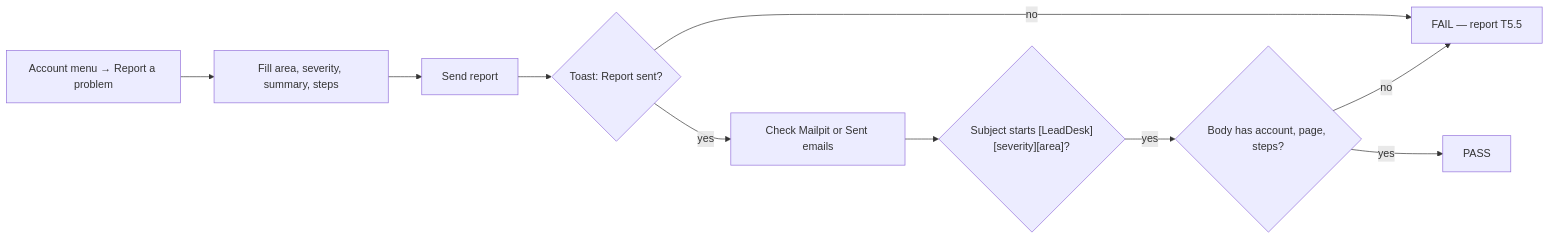
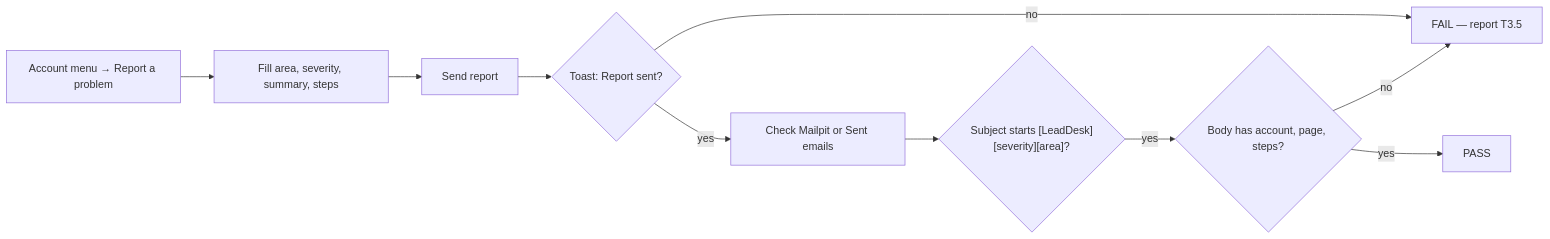
One commit to DeepxD-code/LeadDesk changed diagram 24 of 25 in docs/TESTER_GUIDE.md. Above: the diagram before and after it, drawn with Mermaid. The commit also changed other lines of this file and 8 other files, not shown here.

````diff
--- a/docs/TESTER_GUIDE.md
+++ b/docs/TESTER_GUIDE.md
@@ -935,12 +935,12 @@
 ```mermaid
 flowchart LR
   A["Account menu → Report a problem"] --> B["Fill area, severity, summary, steps"]
   B --> C["Send report"]
   C --> D{"Toast: Report sent?"}
-  D -->|no| X["FAIL — report T5.5"]
+  D -->|no| X["FAIL — report T3.5"]
   D -->|yes| E["Check Mailpit or Sent emails"]
   E --> F{"Subject starts [LeadDesk][severity][area]?"}
   F -->|yes| G{"Body has account, page, steps?"}
   G -->|yes| P[PASS]
   G -->|no| X
 ```
````
